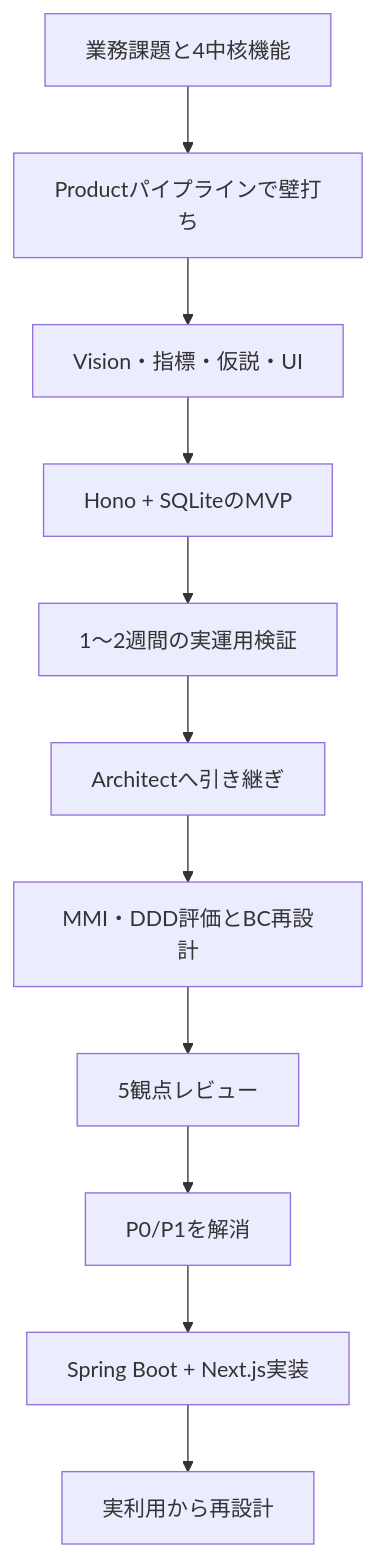
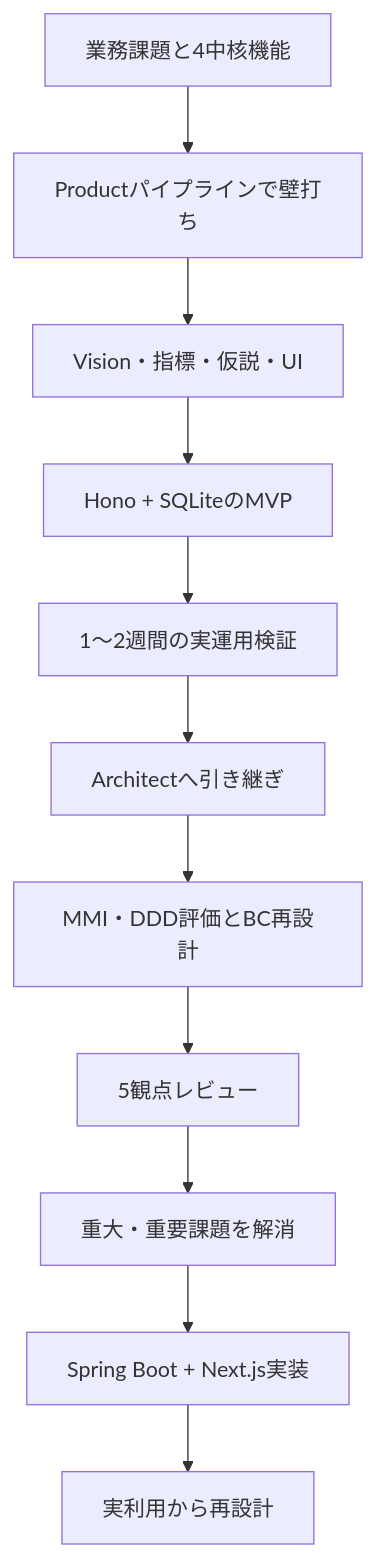
Before and after one commit to p-t-a-p-1/zenn-connect: the diagram in articles/nexus-product-new-development-05.md, drawn with Mermaid. The commit also changed other lines of this file and 4 other files, not shown here.

````diff
--- a/articles/nexus-product-new-development-05.md
+++ b/articles/nexus-product-new-development-05.md
@@ -298,13 +283,13 @@
 ```mermaid
 flowchart TD
     A["業務課題と4中核機能"] --> B["Productパイプラインで壁打ち"]
     B --> C["Vision・指標・仮説・UI"]
     C --> D["Hono + SQLiteのMVP"]
     D --> E["1〜2週間の実運用検証"]
     E --> F["Architectへ引き継ぎ"]
     F --> G["MMI・DDD評価とBC再設計"]
     G --> H["5観点レビュー"]
-    H --> I["P0/P1を解消"]
+    H --> I["重大・重要課題を解消"]
     I --> J["Spring Boot + Next.js実装"]
     J --> K["実利用から再設計"]
 ```
````
